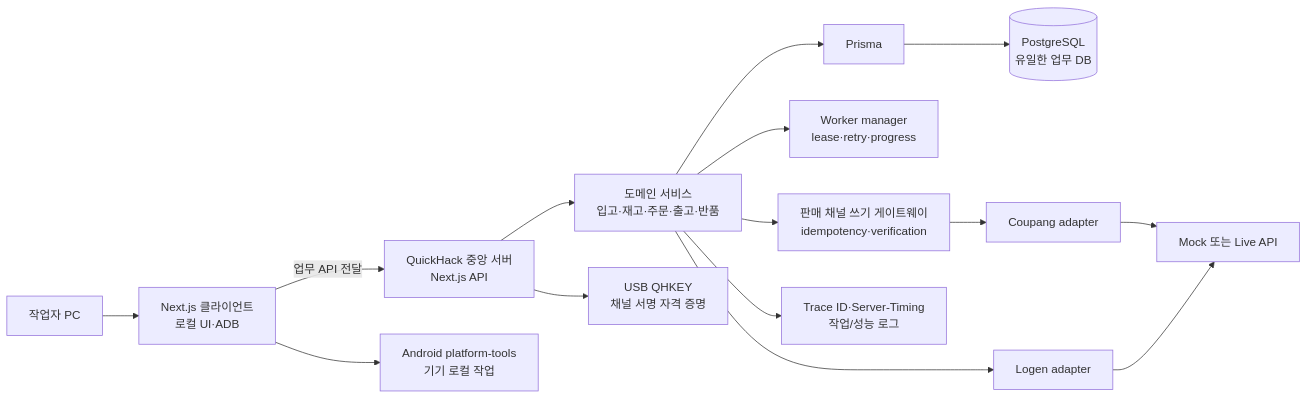
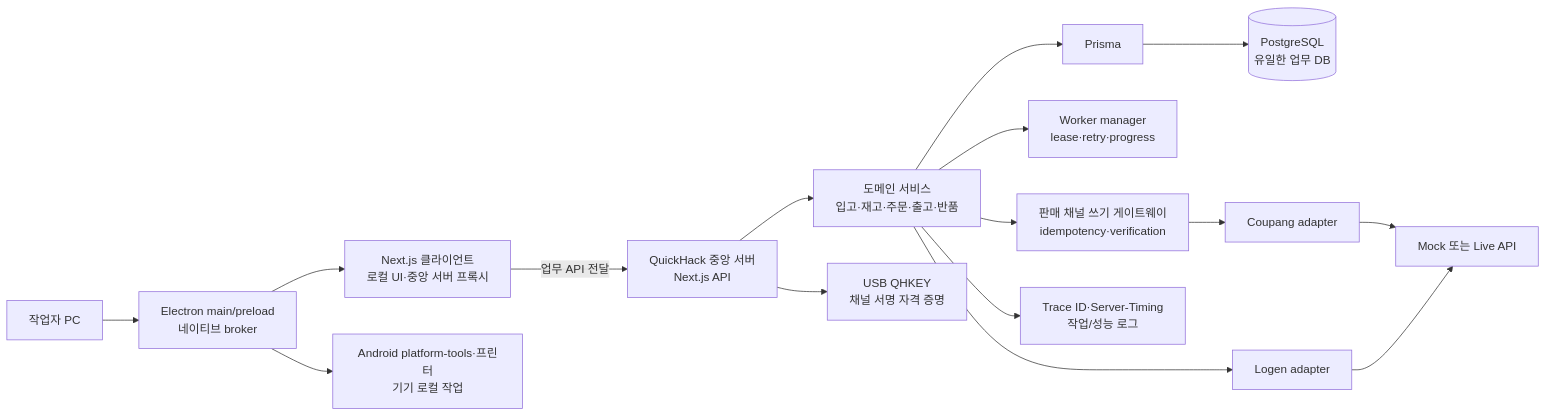
The first of 3 diagrams in README.md (msang710/QuickHack_Public_Portfolio), drawn with Mermaid before and after one commit. The commit also changed other lines of this file and 1 other file, not shown here.

````diff
--- a/README.md
+++ b/README.md
@@ -63,20 +79,21 @@
 ```mermaid
 flowchart LR
-    Operator["작업자 PC"] --> Client["Next.js 클라이언트<br/>로컬 UI·ADB"]
+    Operator["작업자 PC"] --> Desktop["Electron main/preload<br/>네이티브 broker"]
+    Desktop --> Client["Next.js 클라이언트<br/>로컬 UI·중앙 서버 프록시"]
     Client -->|"업무 API 전달"| Server["QuickHack 중앙 서버<br/>Next.js API"]
-    Client --> ADB["Android platform-tools<br/>기기 로컬 작업"]
+    Desktop --> ADB["Android platform-tools·프린터<br/>기기 로컬 작업"]
 
     Server --> Services["도메인 서비스<br/>입고·재고·주문·출고·반품"]
     Services --> Prisma["Prisma"]
     Prisma --> DB[("PostgreSQL<br/>유일한 업무 DB")]
     Services --> Workers["Worker manager<br/>lease·retry·progress"]
 
     Services --> WriteGateway["판매 채널 쓰기 게이트웨이<br/>idempotency·verification"]
     WriteGateway --> Coupang["Coupang adapter"]
     Services --> Logen["Logen adapter"]
     Coupang --> External["Mock 또는 Live API"]
     Logen --> External
     Server --> QHKEY["USB QHKEY<br/>채널 서명 자격 증명"]
 
     Services --> Trace["Trace ID·Server-Timing<br/>작업/성능 로그"]
 ```
````
